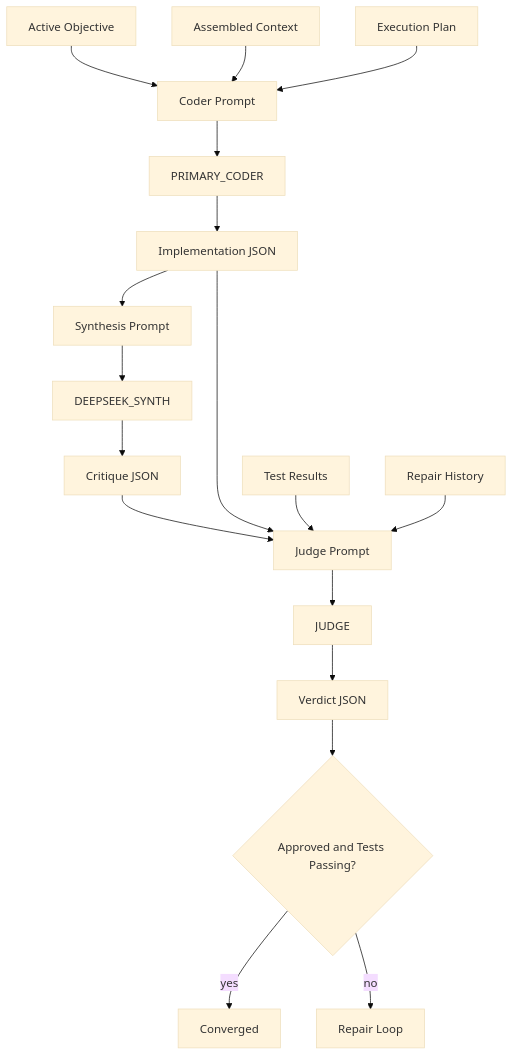
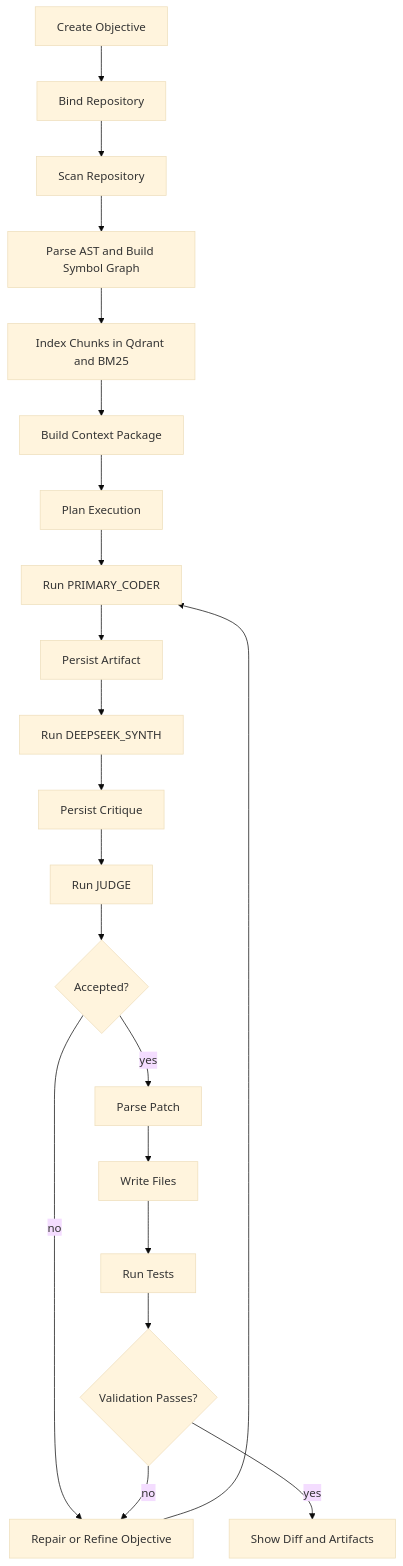
The fourth of 6 diagrams in README.md (ratishoberoi/forge), drawn with Mermaid (base theme) before and after one commit. The commit also changed other lines of this file, not shown here.

````diff
--- a/README.md
+++ b/README.md
@@ -200,23 +192,23 @@
 ```mermaid
-graph TD
-    Objective[Active Objective] --> CoderPrompt[Coder Prompt]
-    Context[Assembled Context] --> CoderPrompt
-    Plan[Execution Plan] --> CoderPrompt
-
-    CoderPrompt --> Primary[PRIMARY_CODER]
-    Primary --> CoderJSON[Implementation JSON]
-    CoderJSON --> SynthPrompt[Synthesis Prompt]
-
-    SynthPrompt --> DeepSeek[DEEPSEEK_SYNTH]
-    DeepSeek --> SynthJSON[Critique JSON]
-    SynthJSON --> JudgePrompt[Judge Prompt]
-    CoderJSON --> JudgePrompt
-    Tests[Test Results] --> JudgePrompt
-    RepairHistory[Repair History] --> JudgePrompt
-
-    JudgePrompt --> Judge[JUDGE]
-    Judge --> Verdict[Verdict JSON]
-    Verdict --> Gate{Approved and Tests Passing?}
-    Gate -- yes --> Converged[Converged]
-    Gate -- no --> Repair[Repair Loop]
+flowchart TD
+    A[Create Objective] --> B[Bind Repository]
+    B --> C[Scan Repository]
+    C --> D[Parse AST and Build Symbol Graph]
+    D --> E[Index Chunks in Qdrant and BM25]
+    E --> F[Build Context Package]
+    F --> G[Plan Execution]
+    G --> H[Run PRIMARY_CODER]
+    H --> I[Persist Artifact]
+    I --> J[Run DEEPSEEK_SYNTH]
+    J --> K[Persist Critique]
+    K --> L[Run JUDGE]
+    L --> M{Accepted?}
+    M -- no --> N[Repair or Refine Objective]
+    N --> H
+    M -- yes --> O[Parse Patch]
+    O --> P[Write Files]
+    P --> Q[Run Tests]
+    Q --> R{Validation Passes?}
+    R -- no --> N
+    R -- yes --> S[Show Diff and Artifacts]
 ```
````
